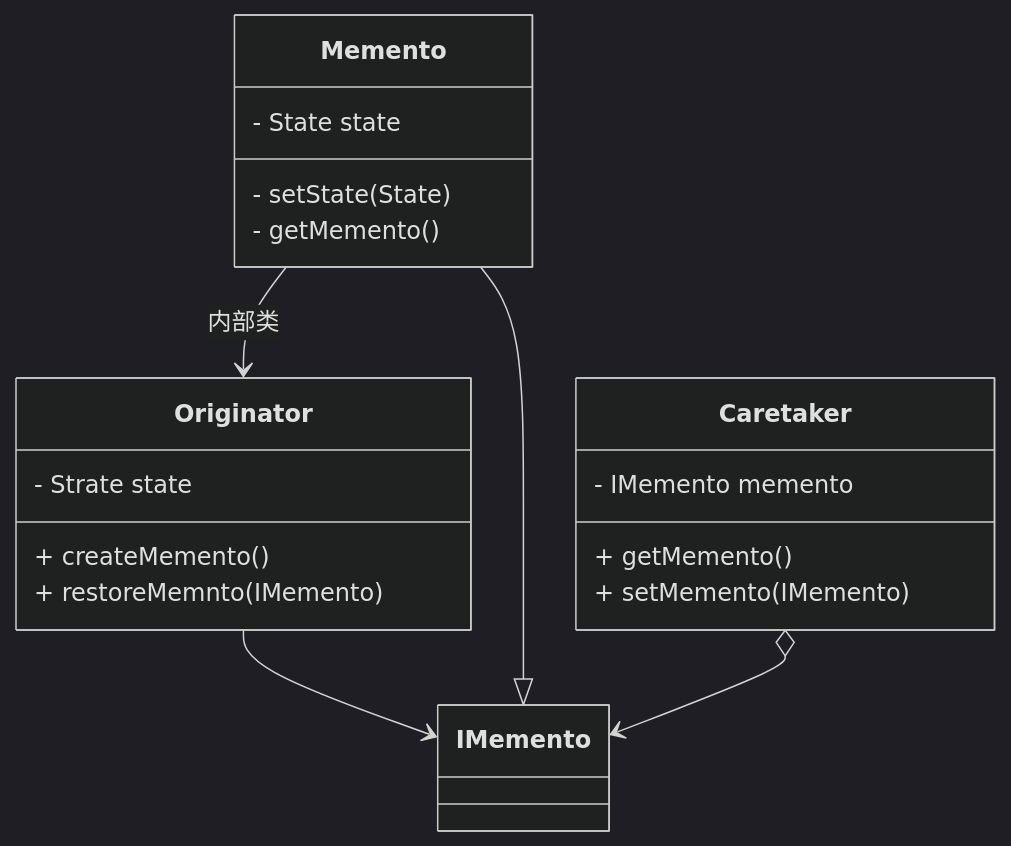
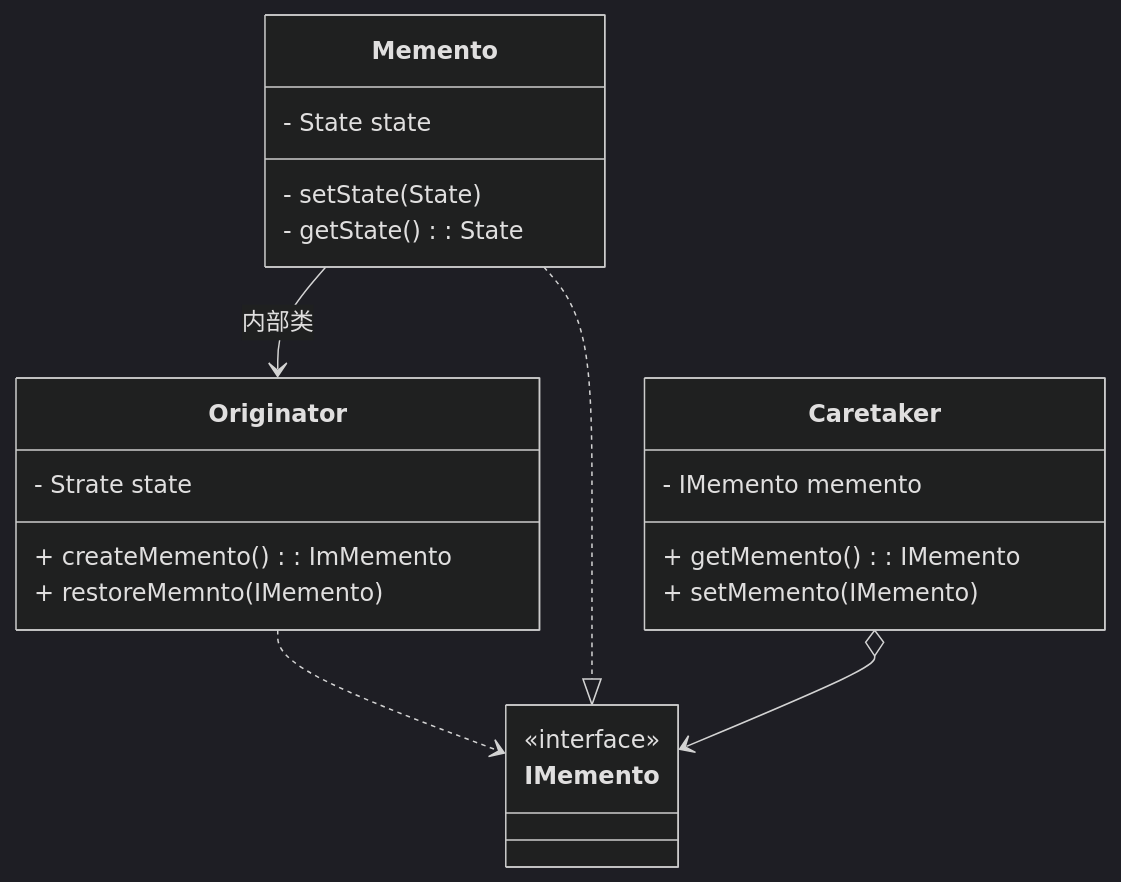
Before and after one commit to wqf31415/wqf31415.github.io: the second of 2 diagrams in source/_drafts/设计模式之备忘录模式.md, drawn with Mermaid (dark theme). The commit also changed other lines of this file, not shown here.

Commit message:
:triangular_flag_on_post: 修改类图

````diff
--- a/source/_drafts/设计模式之备忘录模式.md
+++ b/source/_drafts/设计模式之备忘录模式.md
@@ -53,16 +60,28 @@
 ```mermaid
 classDiagram
-Originator --> IMemento
-Originator : - Strate state
-Originator : + createMemento()
-Originator : + restoreMemnto(IMemento)
-Memento --|> IMemento
+Originator ..> IMemento
+class Originator {
+  - Strate state
+  + createMemento(): ImMemento
+  + restoreMemnto(IMemento)
+}
+
+Memento ..|> IMemento
+class IMemento {
+<<interface>>
+}
+
 Memento --> Originator:内部类
-Memento : - State state
-Memento : - setState(State)
-Memento : - getMemento()
+class Memento {
+  - State state
+  - setState(State)
+  - getState(): State
+}
+
 Caretaker o--> IMemento
-Caretaker : - IMemento memento
-Caretaker : + getMemento()
-Caretaker : + setMemento(IMemento)
+class Caretaker {
+  - IMemento memento
+  + getMemento(): IMemento
+  + setMemento(IMemento)
+}
 ```
````
